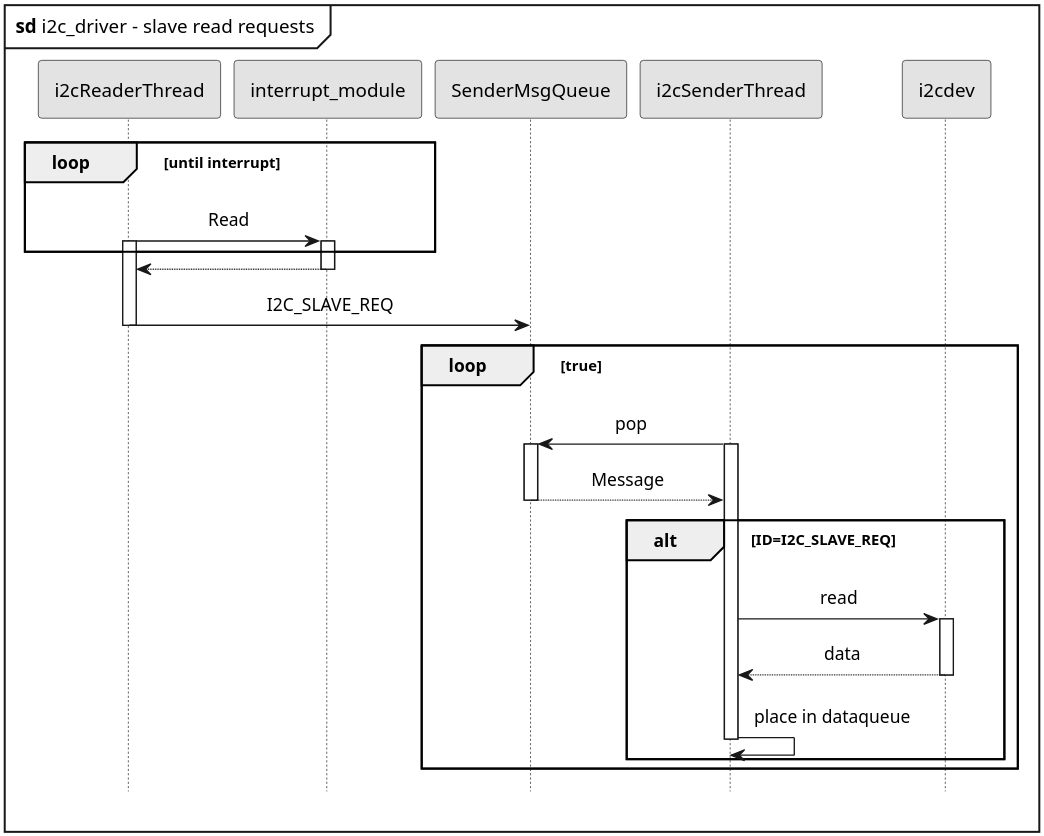
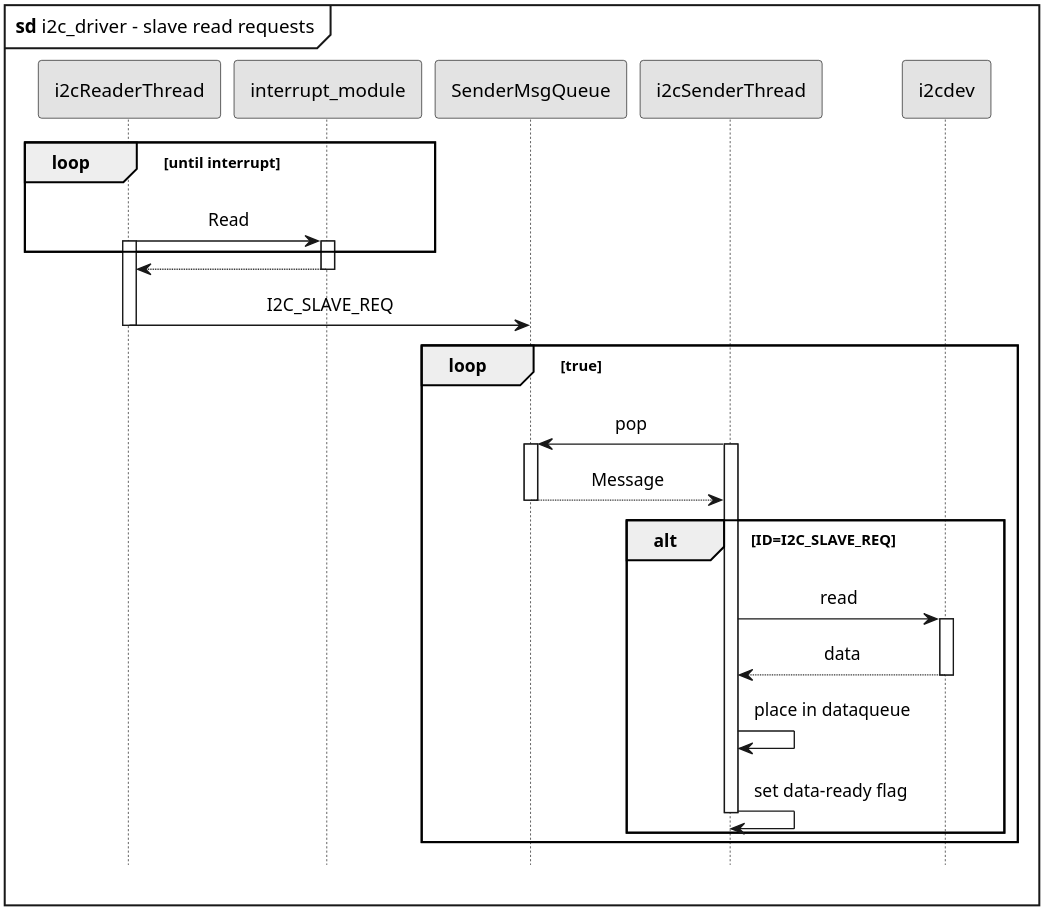
The diagram in PlantUML/src/i2c_sequence.plantuml (LasseKrarup/Laser-Tag-Project), drawn with PlantUML before and after one commit.

Commit message:
Updated sd for i2cdriver

```diff
--- a/PlantUML/src/i2c_sequence.plantuml
+++ b/PlantUML/src/i2c_sequence.plantuml
@@ -1,55 +1,56 @@
 @startuml i2c_sequence
 
 hide footbox
 
 skinparam {
     monochrome true
     dpi 300
     padding 5
     sequenceMessageAlign center
     packageStyle frame
     shadowing false
     'backgroundColor transparent
     
 }
 
 mainframe **sd** i2c_driver - slave read requests
 
 ' participant RPiApp
 ' participant i2c_driver
 ' participant i2cSenderThread
 ' participant i2cReceiverThread
 ' participant interrupt_module
 
 loop until interrupt
     i2cReaderThread -> interrupt_module : Read
     activate i2cReaderThread
     activate interrupt_module
 end
 
 interrupt_module --> i2cReaderThread
 deactivate interrupt_module
 
 i2cReaderThread -> SenderMsgQueue : I2C_SLAVE_REQ
 deactivate i2cReaderThread
 
 loop true
     i2cSenderThread -> SenderMsgQueue : pop
     activate i2cSenderThread
     activate SenderMsgQueue
     SenderMsgQueue --> i2cSenderThread : Message
     deactivate SenderMsgQueue
 
     alt ID=I2C_SLAVE_REQ
         i2cSenderThread -> i2cdev : read
         activate i2cdev
         i2cdev --> i2cSenderThread : data
         deactivate i2cdev
 
         i2cSenderThread -> i2cSenderThread : place in dataqueue
+        i2cSenderThread -> i2cSenderThread : set data-ready flag
         deactivate i2cSenderThread
     end
 
 end
 
 @enduml
```
